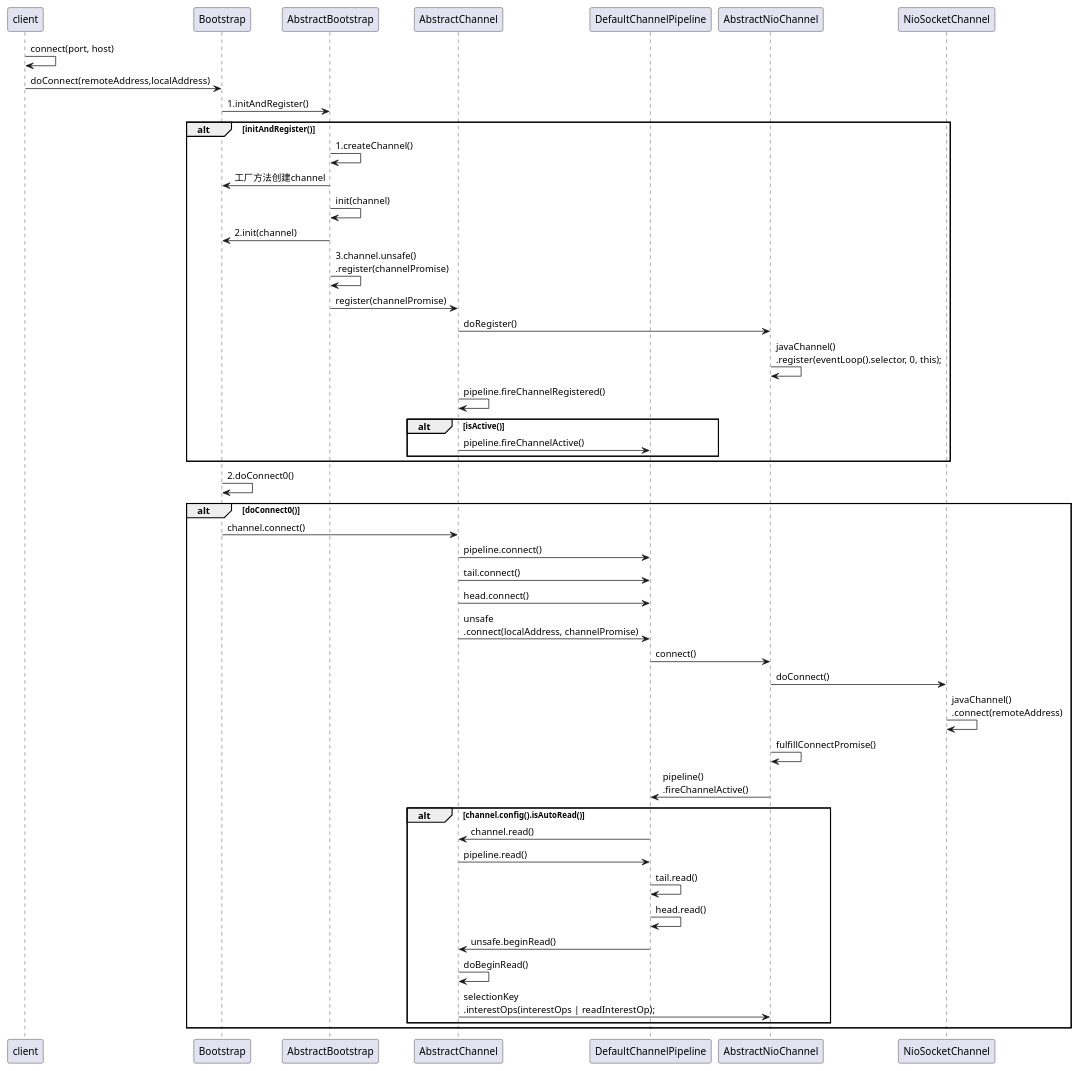
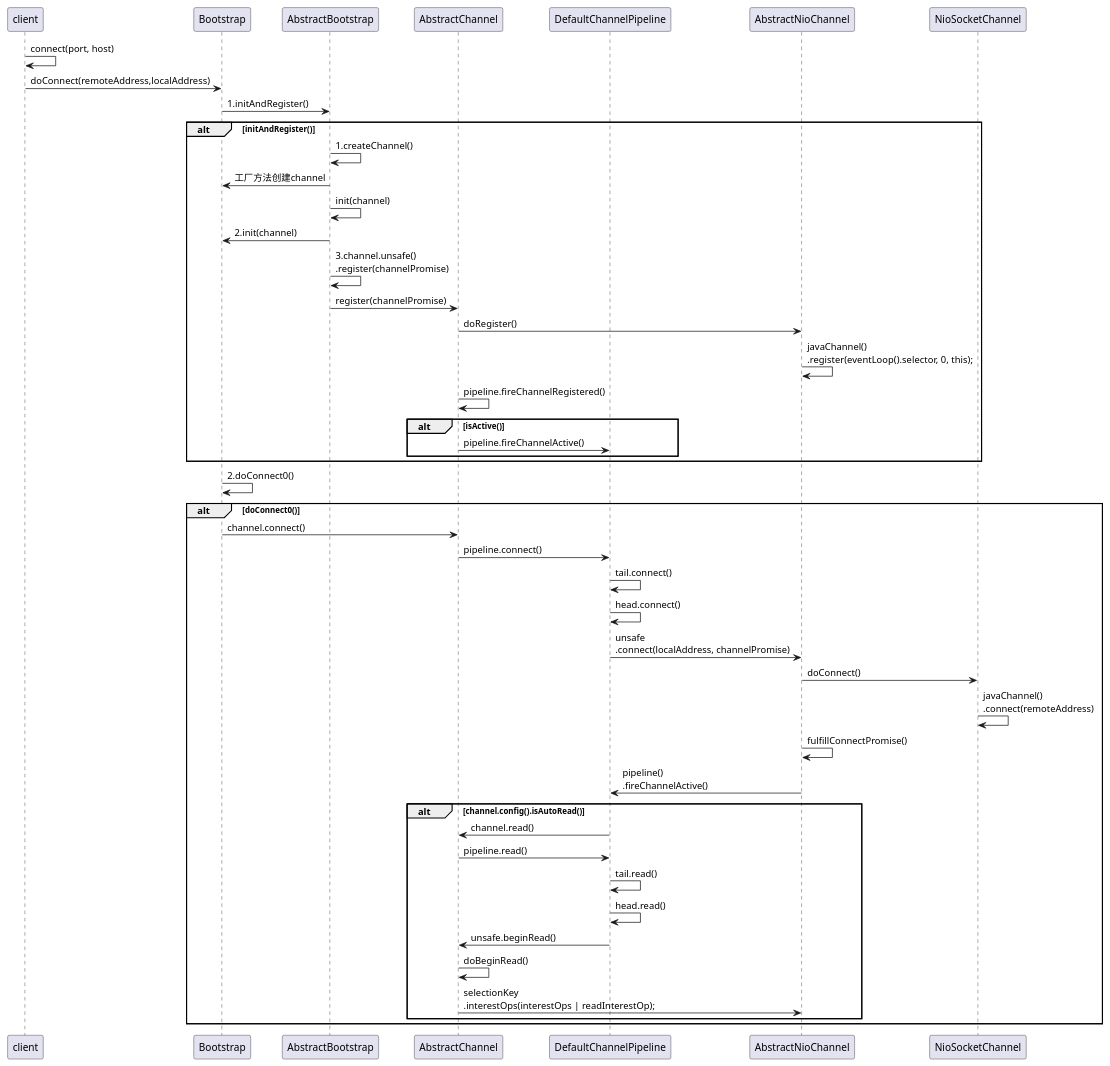
One commit to newbigTech/myDesignPattern changed the diagram in uml/netty/netty_client.puml. Above: the diagram before and after it, drawn with PlantUML.

Commit message:
netty client connect uml

```diff
--- a/uml/netty/netty_client.puml
+++ b/uml/netty/netty_client.puml
@@ -1,58 +1,58 @@
 @startuml
 participant "client" as client
 participant "Bootstrap" as Bootstrap
 participant "AbstractBootstrap" as AbstractBootstrap
 participant "AbstractChannel" as AbstractChannel
 participant "DefaultChannelPipeline" as DefaultChannelPipeline
 participant "AbstractNioChannel" as AbstractNioChannel
 participant "NioSocketChannel" as NioSocketChannel
 client -> client: connect(port, host)
 client -> Bootstrap: doConnect(remoteAddress,localAddress)
 Bootstrap -> AbstractBootstrap: 1.initAndRegister()
 alt initAndRegister()
   AbstractBootstrap -> AbstractBootstrap: 1.createChannel()
   AbstractBootstrap -> Bootstrap: 工厂方法创建channel
   AbstractBootstrap -> AbstractBootstrap: init(channel)
   AbstractBootstrap -> Bootstrap: 2.init(channel)
   AbstractBootstrap -> AbstractBootstrap: 3.channel.unsafe()\n.register(channelPromise)
   AbstractBootstrap -> AbstractChannel:register(channelPromise)
   AbstractChannel -> AbstractNioChannel:doRegister()
   AbstractNioChannel -> AbstractNioChannel:javaChannel()\n.register(eventLoop().selector, 0, this);
   AbstractChannel -> AbstractChannel:pipeline.fireChannelRegistered()
   alt isActive()
       AbstractChannel -> DefaultChannelPipeline:pipeline.fireChannelActive()
   end
 end
 'AbstractBootstrap -> AbstractBootstrap:doBind0()
 'AbstractBootstrap -> AbstractChannel:bind()
 'AbstractChannel-> DefaultChannelPipeline:bind()
 'DefaultChannelPipeline-> DefaultChannelPipeline:tail.bind()
 'DefaultChannelPipeline-> DefaultChannelPipeline:head.bind()
 'DefaultChannelPipeline-> DefaultChannelPipeline:unsafe\n.bind(localAddress, channelPromise)
 'AbstractChannel-> NioServerSocketChannel:doBind(localAddress)
 'NioSocketChannel-> NioSocketChannel:javaChannel().socket().bind()
 
 Bootstrap -> Bootstrap:2.doConnect0()
 alt doConnect0()
 Bootstrap -> AbstractChannel:channel.connect()
 AbstractChannel -> DefaultChannelPipeline:pipeline.connect()
-AbstractChannel -> DefaultChannelPipeline:tail.connect()
-AbstractChannel -> DefaultChannelPipeline:head.connect()
-AbstractChannel -> DefaultChannelPipeline:unsafe\n.connect(localAddress, channelPromise)
-DefaultChannelPipeline -> AbstractNioChannel:connect()
+DefaultChannelPipeline -> DefaultChannelPipeline:tail.connect()
+DefaultChannelPipeline -> DefaultChannelPipeline:head.connect()
+DefaultChannelPipeline -> AbstractNioChannel:unsafe\n.connect(localAddress, channelPromise)
+'DefaultChannelPipeline -> AbstractNioChannel:connect()
 AbstractNioChannel -> NioSocketChannel:doConnect()
 NioSocketChannel -> NioSocketChannel:javaChannel()\n.connect(remoteAddress)
 AbstractNioChannel -> AbstractNioChannel:fulfillConnectPromise()
 AbstractNioChannel -> DefaultChannelPipeline:pipeline()\n.fireChannelActive()
   alt channel.config().isAutoRead()
       DefaultChannelPipeline -> AbstractChannel:channel.read()
       AbstractChannel -> DefaultChannelPipeline:pipeline.read()
       DefaultChannelPipeline -> DefaultChannelPipeline:tail.read()
       DefaultChannelPipeline -> DefaultChannelPipeline:head.read()
       DefaultChannelPipeline -> AbstractChannel:unsafe.beginRead()
       AbstractChannel -> AbstractChannel:doBeginRead()
       AbstractChannel -> AbstractNioChannel:selectionKey\n.interestOps(interestOps | readInterestOp);
   end
 end
 
 @enduml
```
